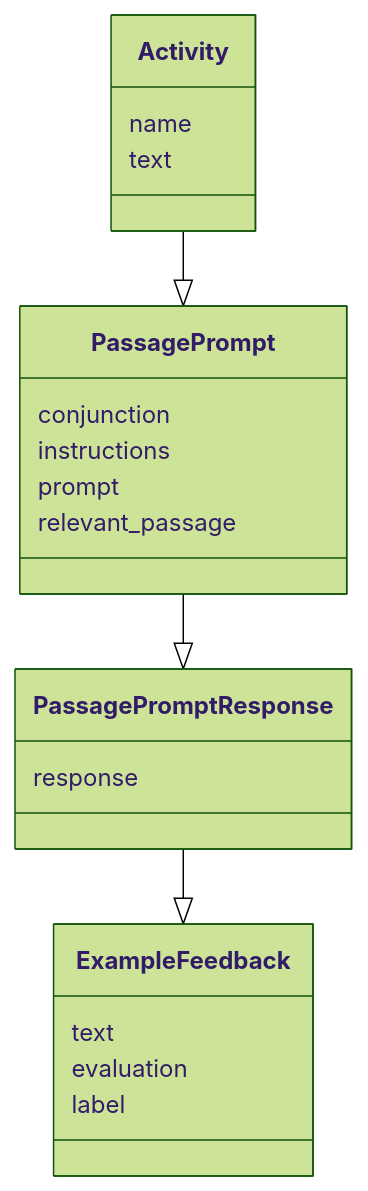
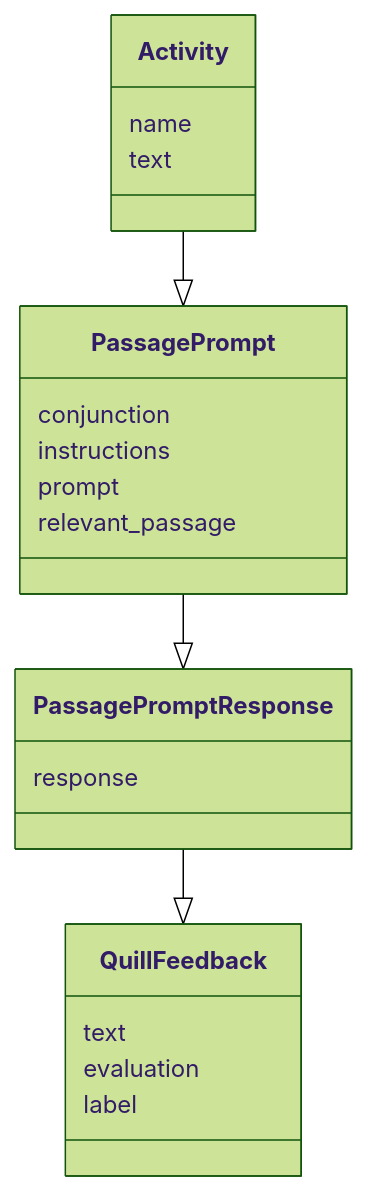
The first of 3 diagrams in services/QuillLMS/engines/evidence/app/models/evidence/research/readme.md (empirical-org/Empirical-Core), drawn with Mermaid (forest theme) before and after one commit. The commit also changed other lines of this file and 33 other files, not shown here.

Commit message:
Rename ExampleFeedback to QuillFeedback

````diff
--- a/services/QuillLMS/engines/evidence/app/models/evidence/research/readme.md
+++ b/services/QuillLMS/engines/evidence/app/models/evidence/research/readme.md
@@ -5,24 +5,24 @@
 ```mermaid
 classDiagram
     class Activity {
          name
          text
     }
     class PassagePrompt {
          conjunction
          instructions
          prompt
          relevant_passage
     }
     class PassagePromptResponse {
          response
     }
-    class ExampleFeedback {
+    class QuillFeedback {
          text
          evaluation
          label
     }
     Activity --|> PassagePrompt
     PassagePrompt --|> PassagePromptResponse
-    PassagePromptResponse --|> ExampleFeedback
+    PassagePromptResponse --|> QuillFeedback
 ```
````
